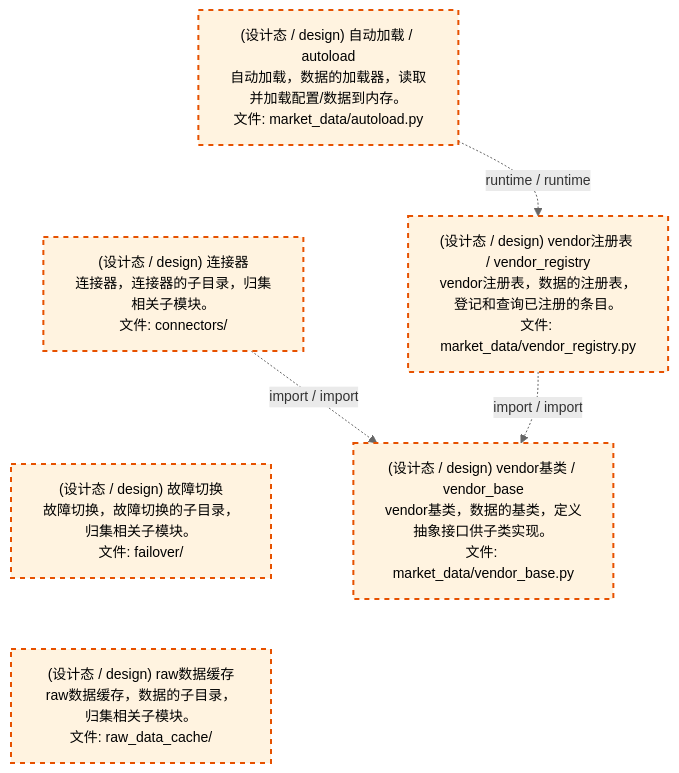
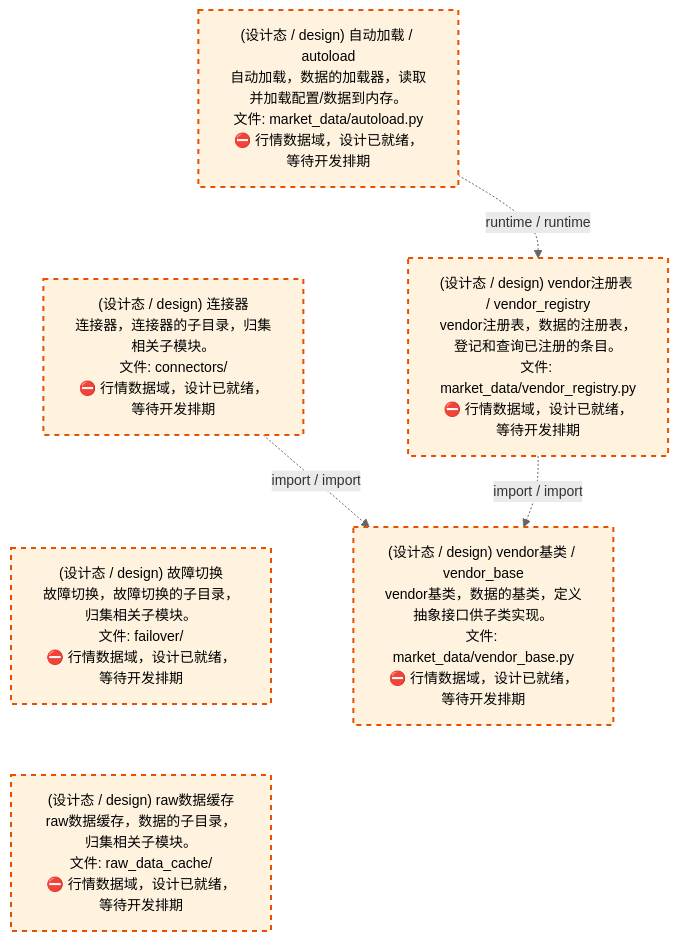
Before and after one commit to xuanFelixVan/ZephyrAlpha: the third of 4 diagrams in docs/02_enterprise_architecture/02_domain_architecture_docs/23_d_mkt_data.md, drawn with Mermaid. The commit also changed other lines of this file and 50 other files, not shown here.

````diff
--- a/docs/02_enterprise_architecture/02_domain_architecture_docs/23_d_mkt_data.md
+++ b/docs/02_enterprise_architecture/02_domain_architecture_docs/23_d_mkt_data.md
@@ -143,21 +143,21 @@
 ```mermaid
 %%{init: {'theme': 'base', 'themeVariables': {'primaryColor': '#eaeaea', 'primaryTextColor': '#333333', 'primaryBorderColor': '#666666', 'lineColor': '#666666', 'secondaryColor': '#eaeaea', 'tertiaryColor': '#eaeaea', 'fontSize': '14px'}}}%%
 flowchart TD
-    src_zephyr_market_data_autoload_py["(设计态 / design) 自动加载 / autoload<br/>自动加载，数据的加载器，读取并加载配置/数据到内存。<br/>文件: market_data/autoload.py"]
-    src_zephyr_market_data_connectors["(设计态 / design) 连接器<br/>连接器，连接器的子目录，归集相关子模块。<br/>文件: connectors/"]
-    src_zephyr_market_data_failover["(设计态 / design) 故障切换<br/>故障切换，故障切换的子目录，归集相关子模块。<br/>文件: failover/"]
-    src_zephyr_market_data_raw_data_cache["(设计态 / design) raw数据缓存<br/>raw数据缓存，数据的子目录，归集相关子模块。<br/>文件: raw_data_cache/"]
+    src_zephyr_market_data_autoload_py["(设计态 / design) 自动加载 / autoload<br/>自动加载，数据的加载器，读取并加载配置/数据到内存。<br/>文件: market_data/autoload.py<br/>⛔ 行情数据域，设计已就绪，等待开发排期"]
+    src_zephyr_market_data_connectors["(设计态 / design) 连接器<br/>连接器，连接器的子目录，归集相关子模块。<br/>文件: connectors/<br/>⛔ 行情数据域，设计已就绪，等待开发排期"]
+    src_zephyr_market_data_failover["(设计态 / design) 故障切换<br/>故障切换，故障切换的子目录，归集相关子模块。<br/>文件: failover/<br/>⛔ 行情数据域，设计已就绪，等待开发排期"]
+    src_zephyr_market_data_raw_data_cache["(设计态 / design) raw数据缓存<br/>raw数据缓存，数据的子目录，归集相关子模块。<br/>文件: raw_data_cache/<br/>⛔ 行情数据域，设计已就绪，等待开发排期"]
     src_zephyr_market_data_autoload_py ~~~ src_zephyr_market_data_connectors
     src_zephyr_market_data_connectors ~~~ src_zephyr_market_data_failover
     src_zephyr_market_data_failover ~~~ src_zephyr_market_data_raw_data_cache
-    src_zephyr_market_data_vendor_registry_py["(设计态 / design) vendor注册表 / vendor_registry<br/>vendor注册表，数据的注册表，登记和查询已注册的条目。<br/>文件: market_data/vendor_registry.py"]
-    src_zephyr_market_data_vendor_base_py["(设计态 / design) vendor基类 / vendor_base<br/>vendor基类，数据的基类，定义抽象接口供子类实现。<br/>文件: market_data/vendor_base.py"]
+    src_zephyr_market_data_vendor_registry_py["(设计态 / design) vendor注册表 / vendor_registry<br/>vendor注册表，数据的注册表，登记和查询已注册的条目。<br/>文件: market_data/vendor_registry.py<br/>⛔ 行情数据域，设计已就绪，等待开发排期"]
+    src_zephyr_market_data_vendor_base_py["(设计态 / design) vendor基类 / vendor_base<br/>vendor基类，数据的基类，定义抽象接口供子类实现。<br/>文件: market_data/vendor_base.py<br/>⛔ 行情数据域，设计已就绪，等待开发排期"]
     src_zephyr_market_data_vendor_registry_py -.->|import / import| src_zephyr_market_data_vendor_base_py
     src_zephyr_market_data_connectors -.->|import / import| src_zephyr_market_data_vendor_base_py
     src_zephyr_market_data_autoload_py -.->|runtime / runtime| src_zephyr_market_data_vendor_registry_py
     classDef production fill:#e1f5fe,stroke:#01579b,stroke-width:2px,color:#000
     classDef design fill:#fff3e0,stroke:#e65100,stroke-width:2px,color:#000,stroke-dasharray: 5 5
     classDef external_prod fill:#e8f4fd,stroke:#0277bd,stroke-width:1px,color:#000
     classDef external_design fill:#fff8e7,stroke:#ef6c00,stroke-width:1px,color:#000,stroke-dasharray: 5 5
     class src_zephyr_market_data_autoload_py,src_zephyr_market_data_connectors,src_zephyr_market_data_failover,src_zephyr_market_data_raw_data_cache,src_zephyr_market_data_vendor_base_py,src_zephyr_market_data_vendor_registry_py design
 ```
````
